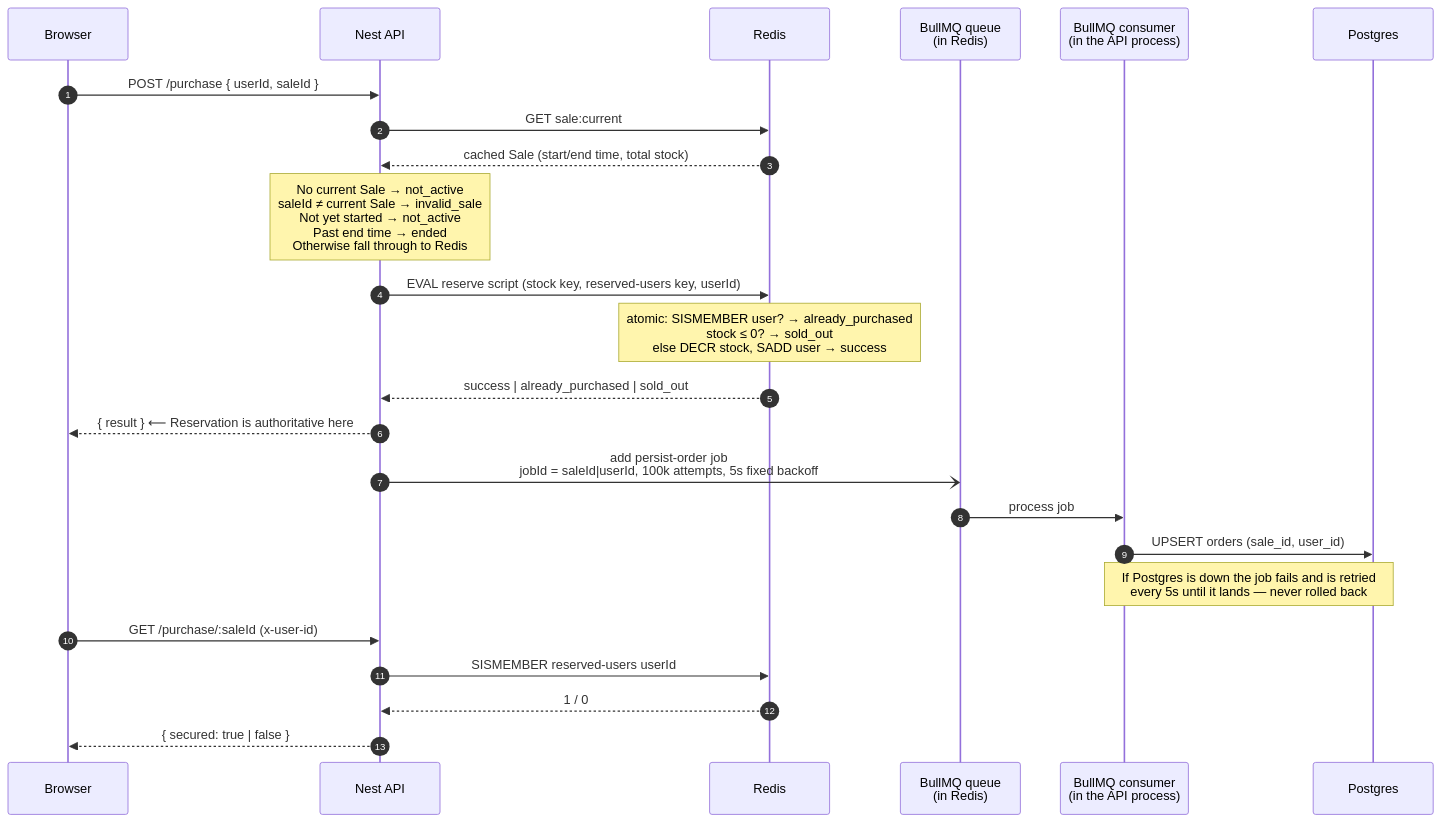
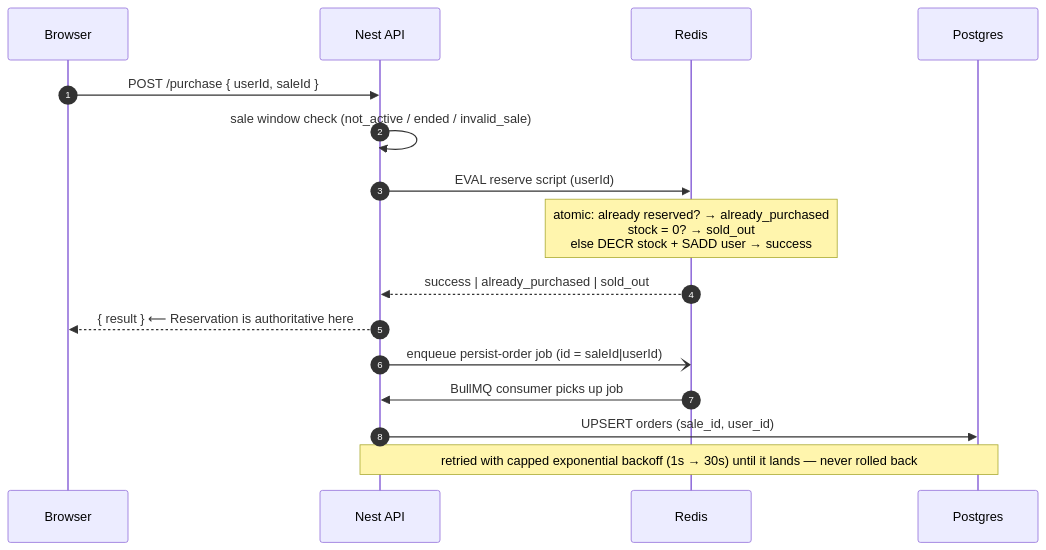
One commit to sloonzz/flash-sale-exercise changed the second of 2 diagrams in README.md. Above: the diagram before and after it, drawn with Mermaid. The commit also changed other lines of this file and 20 other files, not shown here.

Commit message:
Readme and system diagram

````diff
--- a/README.md
+++ b/README.md
@@ -149,27 +125,19 @@
 ```mermaid
 sequenceDiagram
     autonumber
     participant B as Browser
     participant API as Nest API
     participant R as Redis
-    participant Q as BullMQ queue<br/>(in Redis)
-    participant W as BullMQ consumer<br/>(in the API process)
     participant PG as Postgres
 
     B->>API: POST /purchase { userId, saleId }
-    API->>R: GET sale:current
-    R-->>API: cached Sale (start/end time, total stock)
-    Note over API: No current Sale → not_active<br/>saleId ≠ current Sale → invalid_sale<br/>Not yet started → not_active<br/>Past end time → ended<br/>Otherwise fall through to Redis
-    API->>R: EVAL reserve script (stock key, reserved-users key, userId)
-    Note over R: atomic: SISMEMBER user? → already_purchased<br/>stock ≤ 0? → sold_out<br/>else DECR stock, SADD user → success
+    API->>API: sale window check (not_active / ended / invalid_sale)
+    API->>R: EVAL reserve script (userId)
+    Note over R: atomic: already reserved? → already_purchased<br/>stock = 0? → sold_out<br/>else DECR stock + SADD user → success
     R-->>API: success | already_purchased | sold_out
     API-->>B: { result }  ⟵ Reservation is authoritative here
-    API-)Q: add persist-order job<br/>jobId = saleId|userId, 100k attempts, 5s fixed backoff
-    Q->>W: process job
-    W->>PG: UPSERT orders (sale_id, user_id)
-    Note over W,PG: If Postgres is down the job fails and is retried<br/>every 5s until it lands — never rolled back
-    B->>API: GET /purchase/:saleId (x-user-id)
-    API->>R: SISMEMBER reserved-users userId
-    R-->>API: 1 / 0
-    API-->>B: { secured: true | false }
+    API-)R: enqueue persist-order job (id = saleId|userId)
+    R->>API: BullMQ consumer picks up job
+    API->>PG: UPSERT orders (sale_id, user_id)
+    Note over API,PG: retried with capped exponential backoff (1s → 30s) until it lands — never rolled back
 ```
````
